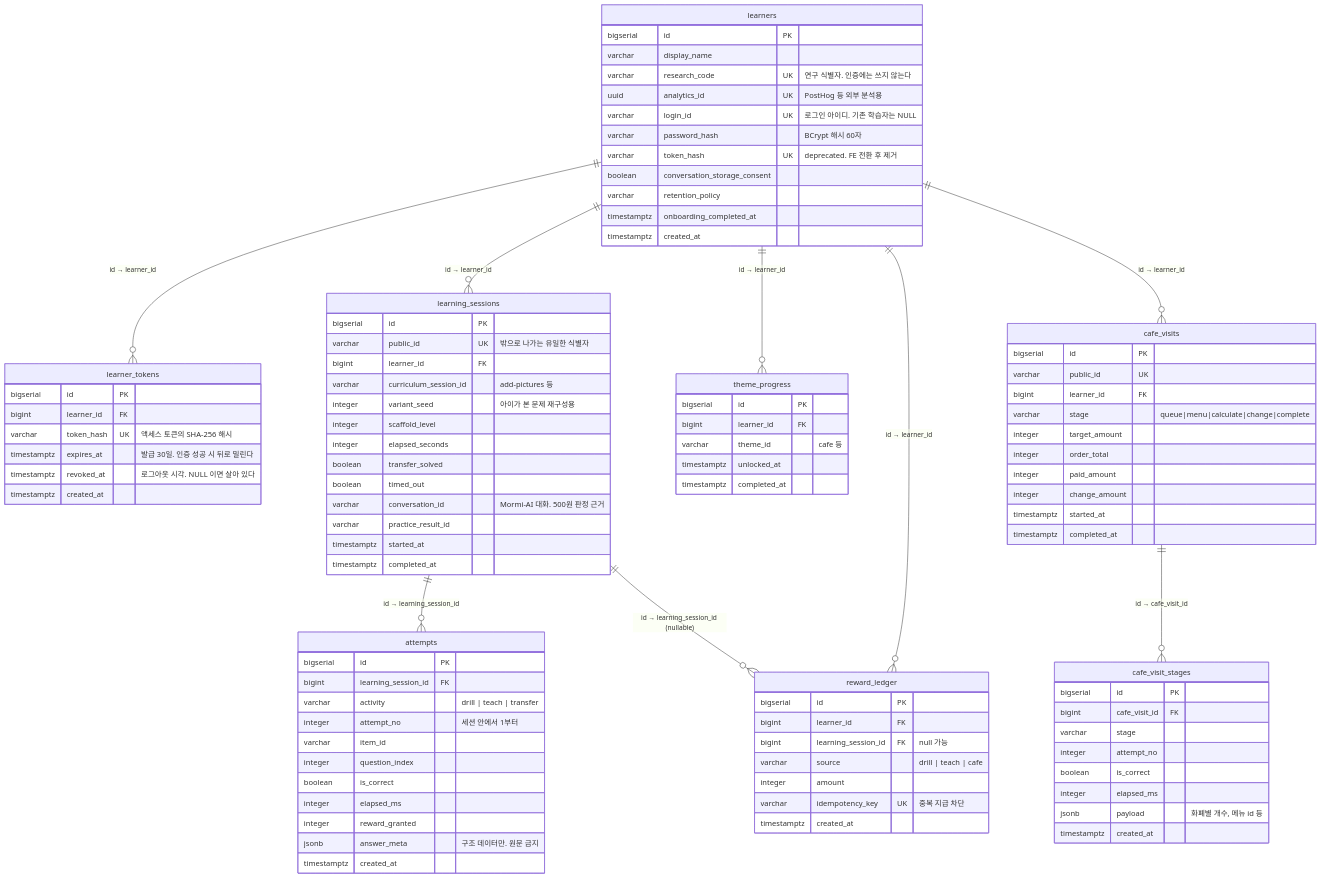
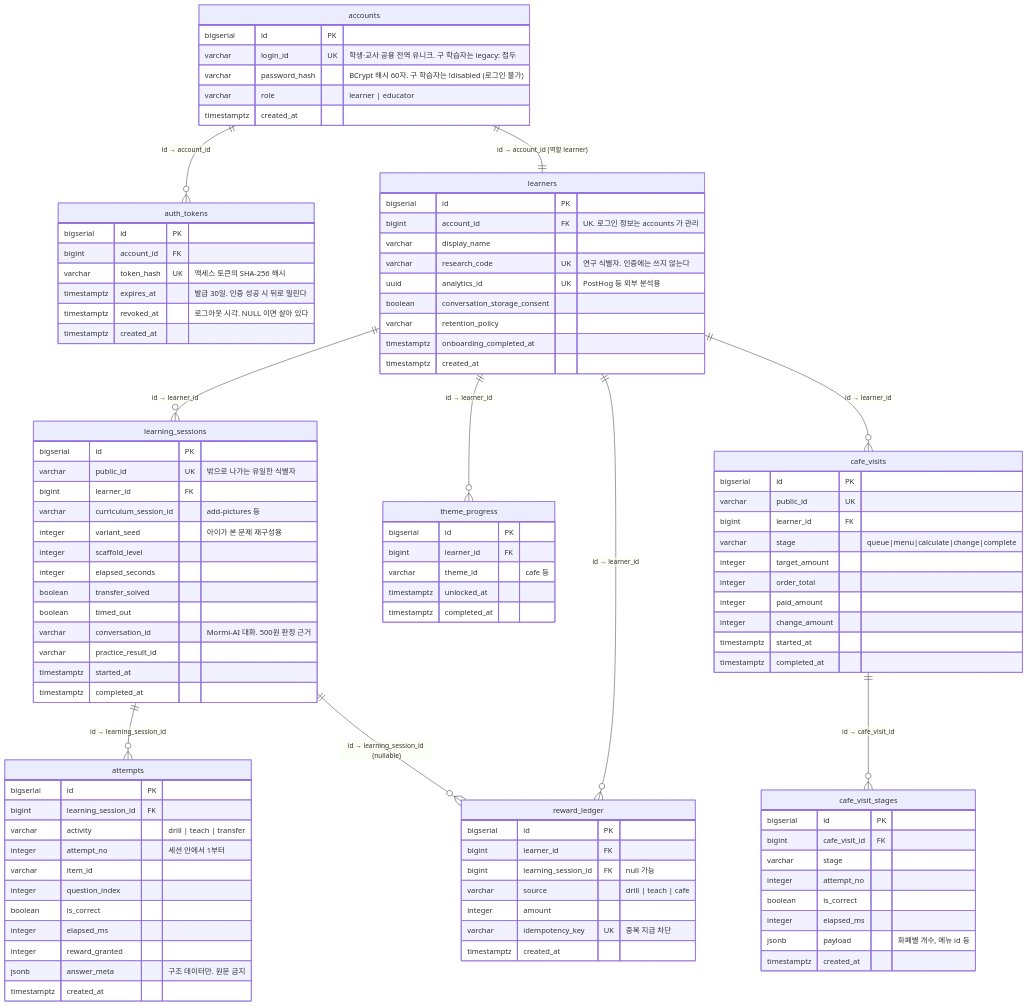
The first of 2 diagrams in docs/ERD.md (flyai-y2s2/Mormi-BE), drawn with Mermaid before and after one commit. The commit also changed other lines of this file and 57 other files, not shown here.

````diff
--- a/docs/ERD.md
+++ b/docs/ERD.md
@@ -7,6 +7,7 @@
 ```mermaid
 erDiagram
-    learners ||--o{ learner_tokens    : "id → learner_id"
+    accounts ||--o{ auth_tokens : "id → account_id"
+    accounts ||--|| learners    : "id → account_id (역할 learner)"
     learners ||--o{ learning_sessions : "id → learner_id"
     learners ||--o{ theme_progress    : "id → learner_id"
     learners ||--o{ cafe_visits       : "id → learner_id"
@@ -15,26 +16,32 @@
     learning_sessions ||--o{ reward_ledger : "id → learning_session_id (nullable)"
     cafe_visits       ||--o{ cafe_visit_stages : "id → cafe_visit_id"
 
+    accounts {
+        bigserial id PK
+        varchar   login_id UK "학생·교사 공용 전역 유니크. 구 학습자는 legacy: 접두"
+        varchar   password_hash "BCrypt 해시 60자. 구 학습자는 !disabled (로그인 불가)"
+        varchar   role "learner | educator"
+        timestamptz created_at
+    }
+
+    auth_tokens {
+        bigserial id PK
+        bigint    account_id FK
+        varchar   token_hash UK "액세스 토큰의 SHA-256 해시"
+        timestamptz expires_at "발급 30일. 인증 성공 시 뒤로 밀린다"
+        timestamptz revoked_at "로그아웃 시각. NULL 이면 살아 있다"
+        timestamptz created_at
+    }
+
     learners {
         bigserial id PK
+        bigint    account_id FK "UK. 로그인 정보는 accounts 가 관리"
         varchar   display_name
         varchar   research_code UK "연구 식별자. 인증에는 쓰지 않는다"
         uuid      analytics_id  UK "PostHog 등 외부 분석용"
-        varchar   login_id      UK "로그인 아이디. 기존 학습자는 NULL"
-        varchar   password_hash "BCrypt 해시 60자"
-        varchar   token_hash    UK "deprecated. FE 전환 후 제거"
         boolean   conversation_storage_consent
         varchar   retention_policy
         timestamptz onboarding_completed_at
-        timestamptz created_at
-    }
-
-    learner_tokens {
-        bigserial id PK
-        bigint    learner_id FK
-        varchar   token_hash UK "액세스 토큰의 SHA-256 해시"
-        timestamptz expires_at "발급 30일. 인증 성공 시 뒤로 밀린다"
-        timestamptz revoked_at "로그아웃 시각. NULL 이면 살아 있다"
         timestamptz created_at
     }
 
````
